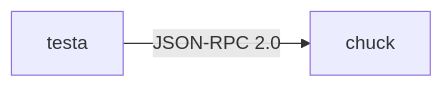
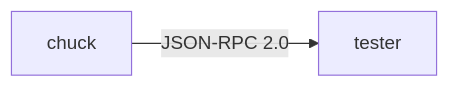
Before and after one commit to kelteseth/chuck_tester: the third of 7 diagrams in docs/index.md, drawn with Mermaid. The commit also changed other lines of this file and 91 other files, not shown here.

First line of the commit message:
Rename: chuck(C++)→tester, testa(Python)→chuck, project→chuck_tester

````diff
--- a/docs/index.md
+++ b/docs/index.md
@@ -61,4 +61,4 @@
 ```mermaid
 graph LR
-    A["testa"] -->|"JSON-RPC 2.0"| B["chuck"]
+    A["chuck"] -->|"JSON-RPC 2.0"| B["tester"]
 ```
````
